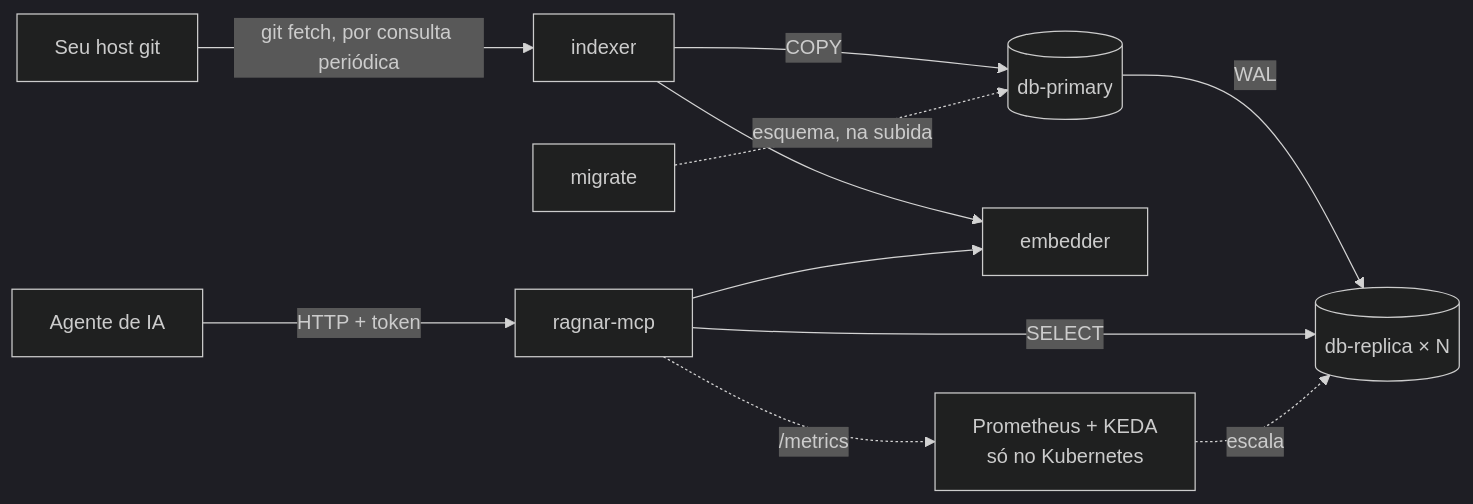
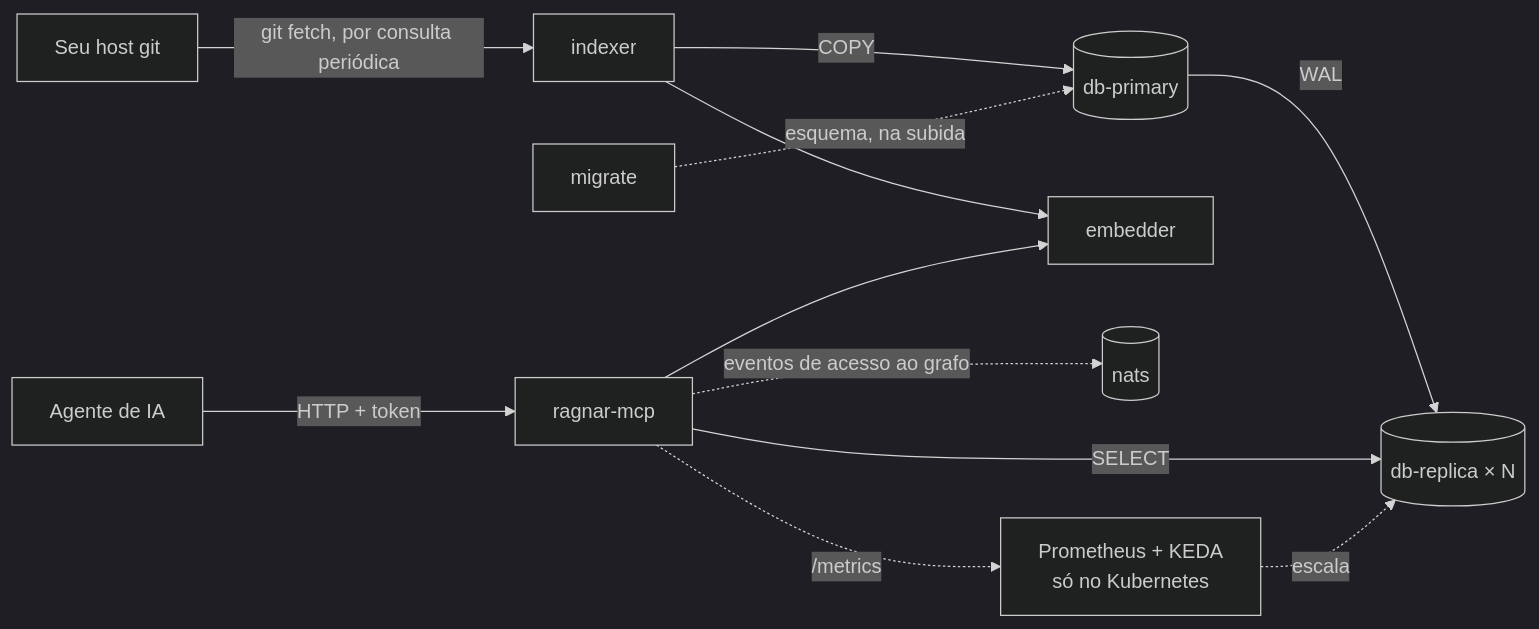
Before and after one commit to pedrojr/ragnar: the diagram in example/README.pt-BR.md, drawn with Mermaid (dark theme). The commit also changed other lines of this file and 13 other files, not shown here.

First line of the commit message:
docs: cover cross-repository edges, ACL globs, graph access events and ragnar gc

````diff
--- a/example/README.pt-BR.md
+++ b/example/README.pt-BR.md
@@ -7,13 +7,14 @@
 ```mermaid
 flowchart LR
     repo[Seu host git] -- "git fetch, por consulta periódica" --> worker[indexer]
     worker -- COPY --> primary[(db-primary)]
     worker --> embedder
     migrate -. "esquema, na subida" .-> primary
     primary -- WAL --> replicas[(db-replica × N)]
     agent[Agente de IA] -- "HTTP + token" --> mcp[ragnar-mcp]
     mcp -- SELECT --> replicas
     mcp --> embedder
+    mcp -. "eventos de acesso ao grafo" .-> nats[(nats)]
     mcp -. "/metrics" .-> keda[Prometheus + KEDA<br/>só no Kubernetes]
     keda -. "escala" .-> replicas
 ```
````
